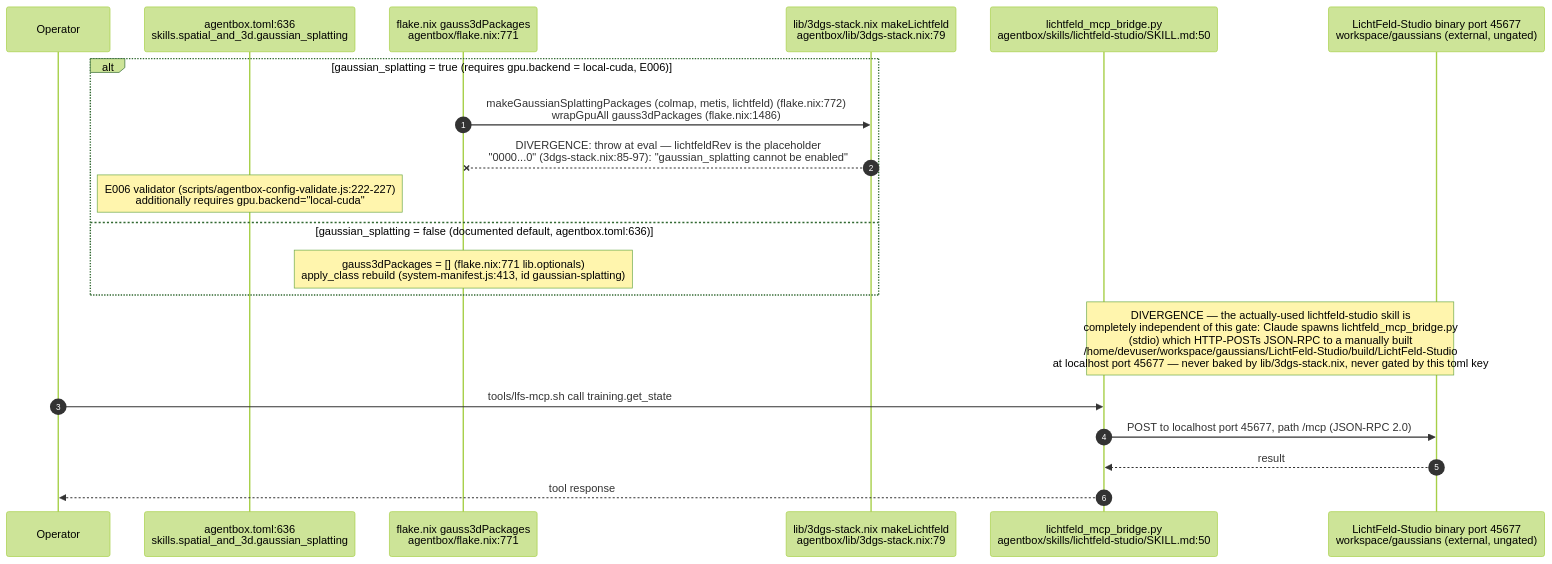
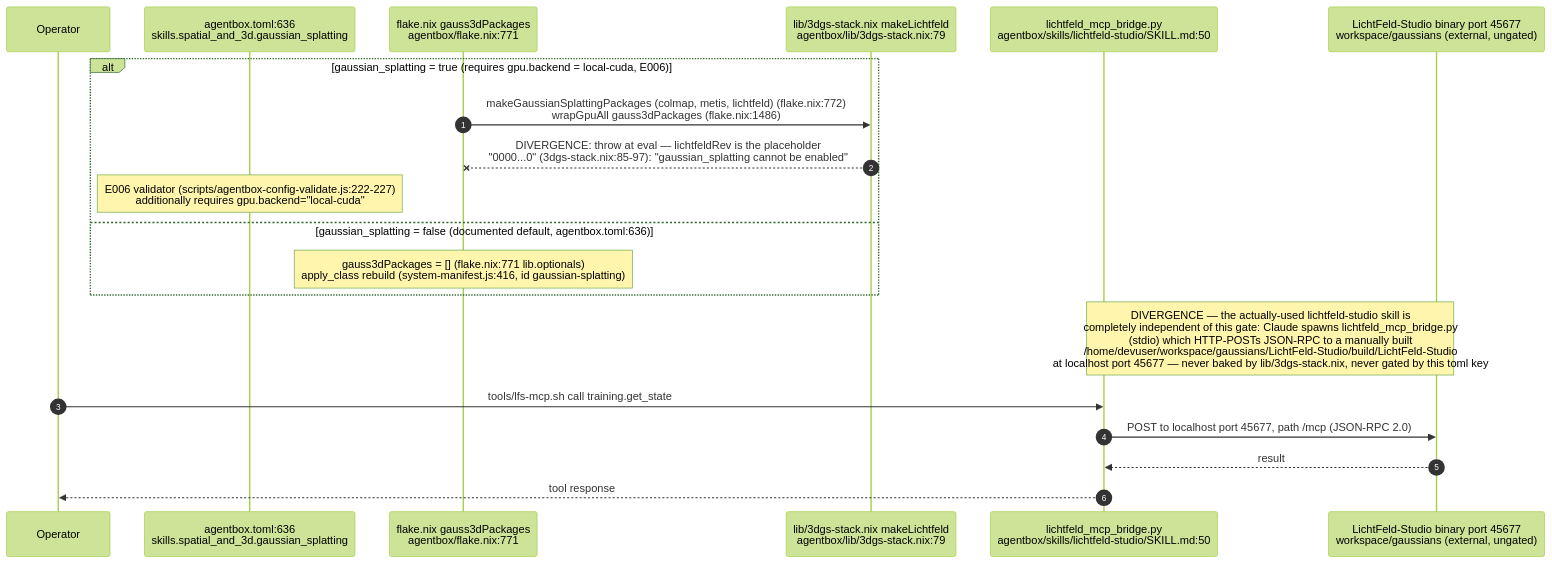
Before and after one commit to DreamLab-AI/VisionFlow: the ninth of 14 diagrams in docs/diagrams/agentbox/27-media-gpu-capability-services.md, drawn with Mermaid (forest theme). The commit also changed other lines of this file and 142 other files, not shown here.

First line of the commit message:
docs(diagrams): one System One route; re-verify 140 topics at today's heads

````diff
--- a/docs/diagrams/agentbox/27-media-gpu-capability-services.md
+++ b/docs/diagrams/agentbox/27-media-gpu-capability-services.md
@@ -298,23 +298,23 @@
 ```mermaid
 sequenceDiagram
     autonumber
     participant Op as Operator
     participant Toml as agentbox.toml:636<br/>skills.spatial_and_3d.gaussian_splatting
     participant Flake as flake.nix gauss3dPackages<br/>agentbox/flake.nix:771
     participant Nix3dgs as lib/3dgs-stack.nix makeLichtfeld<br/>agentbox/lib/3dgs-stack.nix:79
     participant Bridge as lichtfeld_mcp_bridge.py<br/>agentbox/skills/lichtfeld-studio/SKILL.md:50
     participant LFS as LichtFeld-Studio binary port 45677<br/>workspace/gaussians (external, ungated)
 
     alt gaussian_splatting = true (requires gpu.backend = local-cuda, E006)
         Flake->>Nix3dgs: makeGaussianSplattingPackages (colmap, metis, lichtfeld) (flake.nix:772)<br/>wrapGpuAll gauss3dPackages (flake.nix:1486)
         Nix3dgs--xFlake: DIVERGENCE: throw at eval — lichtfeldRev is the placeholder<br/>"0000...0" (3dgs-stack.nix:85-97): "gaussian_splatting cannot be enabled"
         Note over Toml: E006 validator (scripts/agentbox-config-validate.js:222-227)<br/>additionally requires gpu.backend="local-cuda"
     else gaussian_splatting = false (documented default, agentbox.toml:636)
-        Note over Flake: gauss3dPackages = [] (flake.nix:771 lib.optionals)<br/>apply_class rebuild (system-manifest.js:413, id gaussian-splatting)
+        Note over Flake: gauss3dPackages = [] (flake.nix:771 lib.optionals)<br/>apply_class rebuild (system-manifest.js:416, id gaussian-splatting)
     end
     Note over Bridge,LFS: DIVERGENCE — the actually-used lichtfeld-studio skill is<br/>completely independent of this gate: Claude spawns lichtfeld_mcp_bridge.py<br/>(stdio) which HTTP-POSTs JSON-RPC to a manually built<br/>/home/devuser/workspace/gaussians/LichtFeld-Studio/build/LichtFeld-Studio<br/>at localhost port 45677 — never baked by lib/3dgs-stack.nix, never gated by this toml key
     Op->>Bridge: tools/lfs-mcp.sh call training.get_state
     Bridge->>LFS: POST to localhost port 45677, path /mcp (JSON-RPC 2.0)
     LFS-->>Bridge: result
     Bridge-->>Op: tool response
 ```
````
